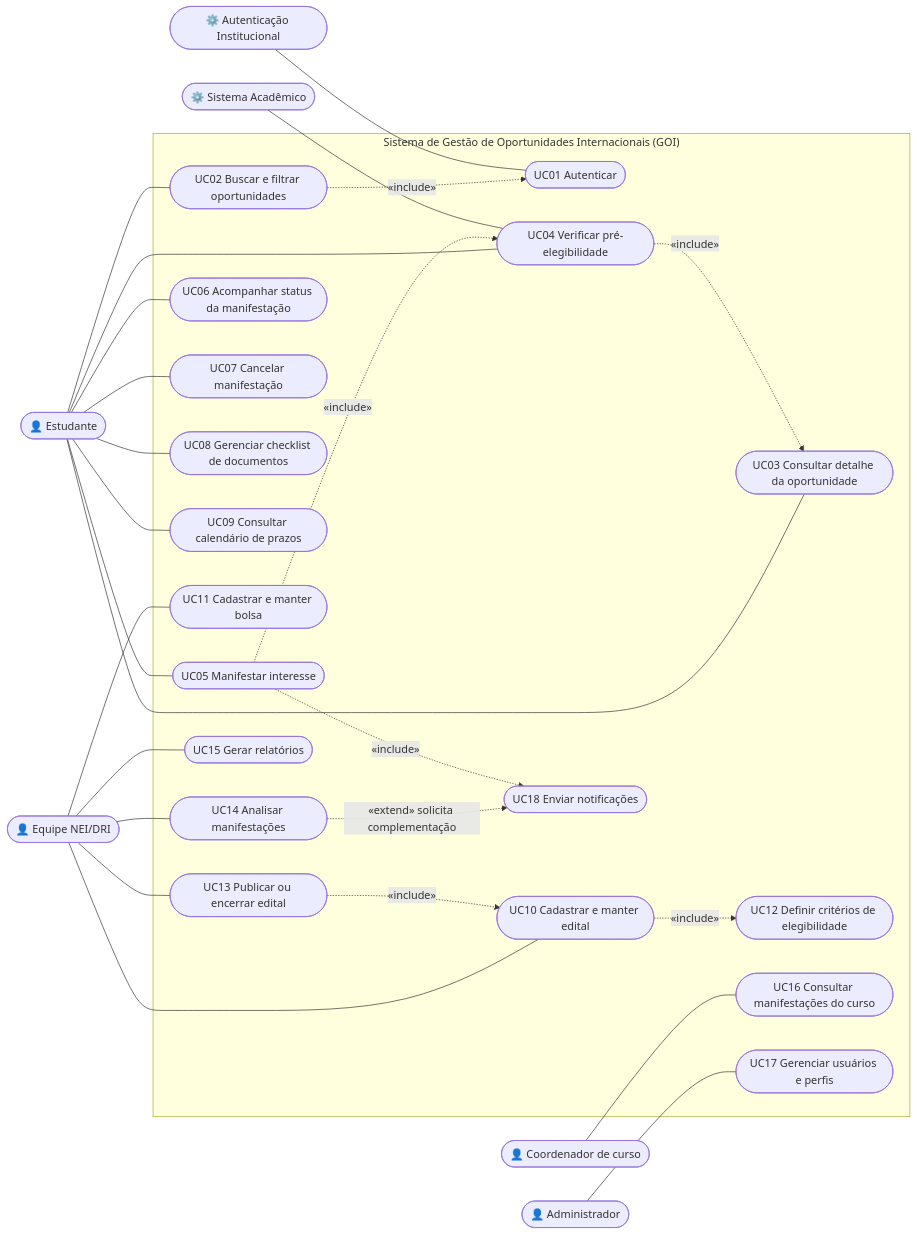
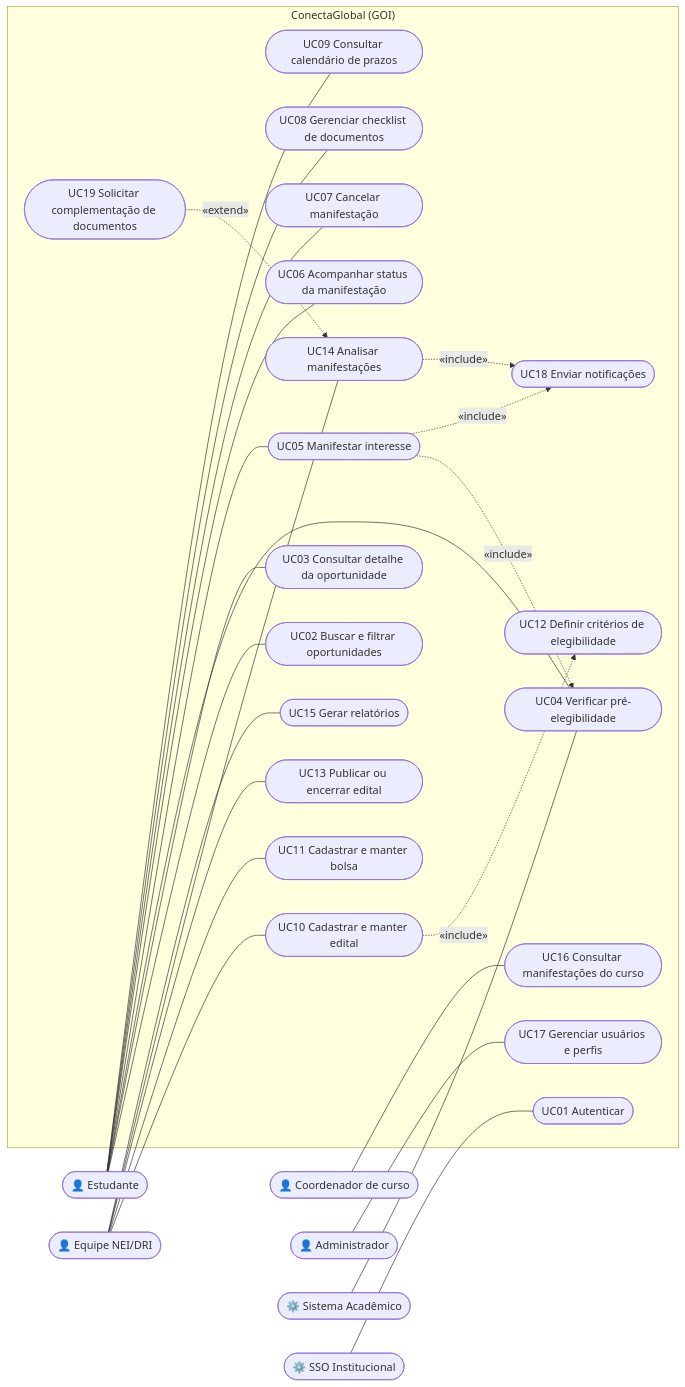
The first of 3 diagrams in uml/diagramas.md (AllisonOliv/requisitos-2026.2--grupo3), drawn with Mermaid before and after one commit. The commit also changed other lines of this file and 7 other files, not shown here.

First line of the commit message:
Versão unificada (visão, entrevistas, requisitos e UML)

````diff
--- a/uml/diagramas.md
+++ b/uml/diagramas.md
@@ -7,59 +9,58 @@
 ```mermaid
 flowchart LR
     EST(["👤 Estudante"])
     NEI(["👤 Equipe NEI/DRI"])
     COO(["👤 Coordenador de curso"])
     ADM(["👤 Administrador"])
     ACAD(["⚙️ Sistema Acadêmico"])
-    SSO(["⚙️ Autenticação Institucional"])
+    SSO(["⚙️ SSO Institucional"])
 
-    subgraph SIS["Sistema de Gestão de Oportunidades Internacionais (GOI)"]
+    subgraph SIS["ConectaGlobal (GOI)"]
         UC1(["UC01 Autenticar"])
         UC2(["UC02 Buscar e filtrar oportunidades"])
         UC3(["UC03 Consultar detalhe da oportunidade"])
         UC4(["UC04 Verificar pré-elegibilidade"])
         UC5(["UC05 Manifestar interesse"])
         UC6(["UC06 Acompanhar status da manifestação"])
         UC7(["UC07 Cancelar manifestação"])
         UC8(["UC08 Gerenciar checklist de documentos"])
         UC9(["UC09 Consultar calendário de prazos"])
         UC10(["UC10 Cadastrar e manter edital"])
         UC11(["UC11 Cadastrar e manter bolsa"])
         UC12(["UC12 Definir critérios de elegibilidade"])
         UC13(["UC13 Publicar ou encerrar edital"])
         UC14(["UC14 Analisar manifestações"])
         UC15(["UC15 Gerar relatórios"])
         UC16(["UC16 Consultar manifestações do curso"])
         UC17(["UC17 Gerenciar usuários e perfis"])
         UC18(["UC18 Enviar notificações"])
+        UC19(["UC19 Solicitar complementação de documentos"])
     end
 
     EST --- UC2
     EST --- UC3
     EST --- UC4
     EST --- UC5
     EST --- UC6
     EST --- UC7
     EST --- UC8
     EST --- UC9
 
     NEI --- UC10
     NEI --- UC11
     NEI --- UC13
     NEI --- UC14
     NEI --- UC15
 
     COO --- UC16
     ADM --- UC17
 
     UC10 -. "«include»" .-> UC12
-    UC13 -. "«include»" .-> UC10
-    UC4 -. "«include»" .-> UC3
     UC5 -. "«include»" .-> UC4
-    UC14 -. "«extend» solicita complementação" .-> UC18
     UC5 -. "«include»" .-> UC18
-    UC2 -. "«include»" .-> UC1
+    UC14 -. "«include»" .-> UC18
+    UC19 -. "«extend»" .-> UC14
 
+    SSO --- UC1
     ACAD --- UC4
-    SSO --- UC1
 ```
````
